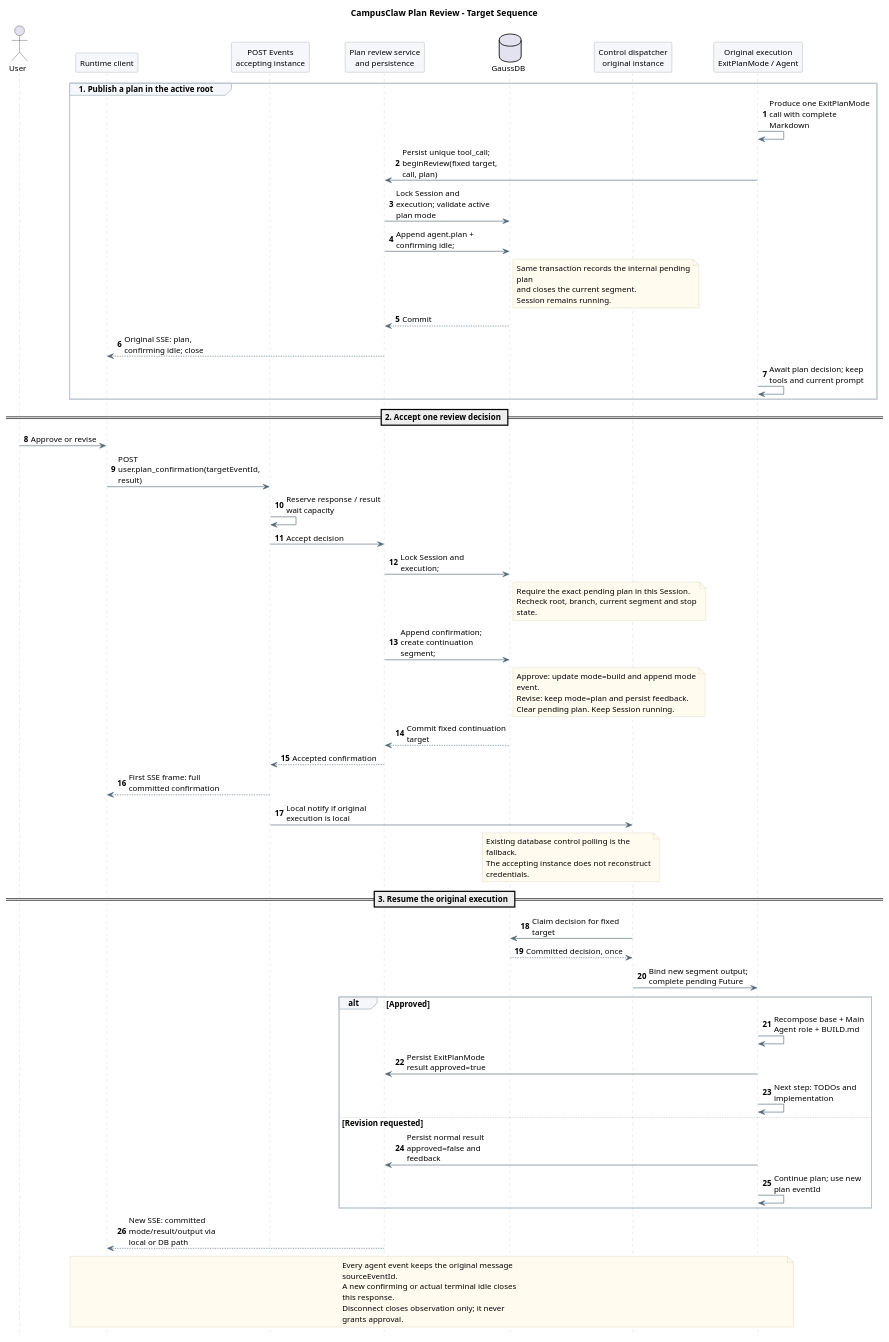
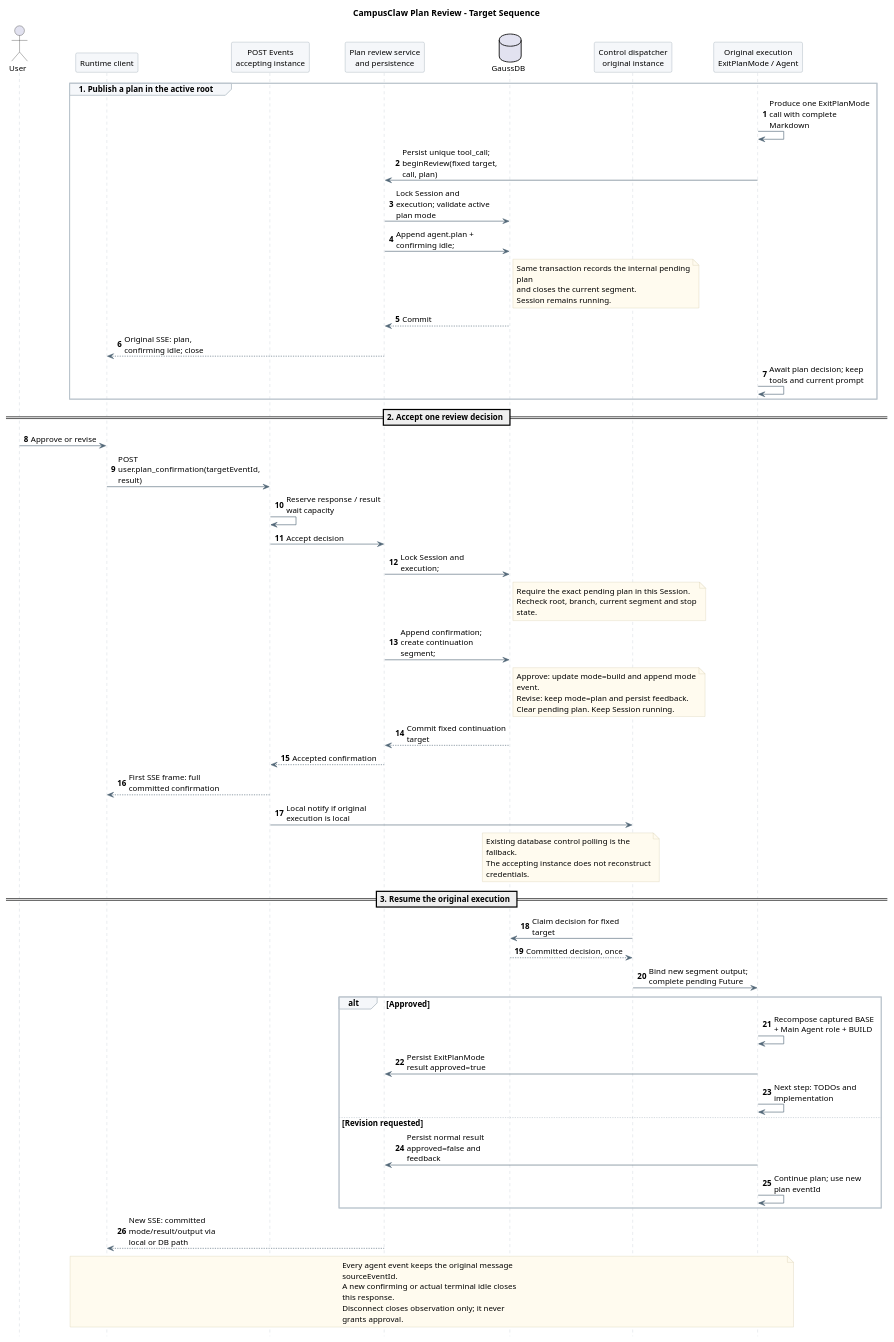
One commit to ssm0808/pi-mono-java-design changed the second of 6 diagrams in 01-总体架构/06-CampusClaw计划模式/diagram.puml. Above: the diagram before and after it, drawn with PlantUML. The commit also changed other lines of this file and 13 other files, not shown here.

```diff
--- a/01-总体架构/06-CampusClaw计划模式/diagram.puml
+++ b/01-总体架构/06-CampusClaw计划模式/diagram.puml
@@ -275,99 +300,99 @@
 @startuml plan_mode_review_sequence
 skinparam backgroundColor white
 skinparam defaultFontName SansSerif
 skinparam defaultFontSize 13
 skinparam shadowing false
 skinparam sequenceMessageAlign left
 skinparam maxMessageSize 165
 skinparam sequenceArrowColor #526777
 skinparam sequenceLifeLineBorderColor #BAC4CC
 skinparam sequenceParticipantBackgroundColor #F5F7FA
 skinparam sequenceParticipantBorderColor #8496A4
 skinparam sequenceGroupBackgroundColor #F5F7FA
 skinparam sequenceGroupBorderColor #BAC4CC
 skinparam noteBackgroundColor #FFFBEF
 skinparam noteBorderColor #D2C6A5
 hide footbox
 autonumber
 ' Source baseline: pi-mono-java 09b32d8ea4a4b43b34be302d8b2745bdc417c9a2.
 ' Source: modules/coding-agent-cli/src/main/java/com/campusclaw/codingagent/runtimeapi/event/RuntimeControlEventService.java :: accept.
 ' Source: modules/coding-agent-cli/src/main/java/com/campusclaw/codingagent/runtimeapi/persistence/MyBatisRuntimeExecutionControlRepository.java :: markConfirming, acceptConfirmation, claimConfirmation.
 ' Source: modules/coding-agent-cli/src/main/java/com/campusclaw/codingagent/runtimeapi/runtime/RuntimeSessionControlDispatcher.java :: dispatchConfirmation.
 ' Observed behavior: tool confirmation closes one response and resumes through a new fixed segment.
 ' Design reason: target-only plan review reuses this transport and durable handoff.
 ' Java divergence: immutable plan event identity is the approval target; tool permissions remain separate.
 title CampusClaw Plan Review - Target Sequence
 actor User
 participant "Runtime client" as UI
 participant "POST Events\naccepting instance" as API
 participant "Plan review service\nand persistence" as Service
 database GaussDB as DB
 participant "Control dispatcher\noriginal instance" as Dispatcher
 participant "Original execution\nExitPlanMode / Agent" as Agent
 
 group 1. Publish a plan in the active root
   Agent -> Agent : Produce one ExitPlanMode call with complete Markdown
   Agent -> Service : Persist unique tool_call; beginReview(fixed target, call, plan)
   Service -> DB : Lock Session and execution; validate active plan mode
   Service -> DB : Append agent.plan + confirming idle;
   note right of DB
   Same transaction records the internal pending
   plan
   and closes the current segment.
   Session remains running.
   end note
   DB --> Service : Commit
   Service --> UI : Original SSE: plan, confirming idle; close
   Agent -> Agent : Await plan decision; keep tools and current prompt
 end
 
 == 2. Accept one review decision ==
 User -> UI : Approve or revise
 UI -> API : POST user.plan_confirmation(targetEventId, result)
 API -> API : Reserve response / result wait capacity
 API -> Service : Accept decision
 Service -> DB : Lock Session and execution;
 note right of DB
   Require the exact pending plan in this Session.
   Recheck root, branch, current segment and stop
   state.
 end note
 Service -> DB : Append confirmation; create continuation segment;
 note right of DB
   Approve: update mode=build and append mode
   event.
   Revise: keep mode=plan and persist feedback.
   Clear pending plan. Keep Session running.
 end note
 DB --> Service : Commit fixed continuation target
 Service --> API : Accepted confirmation
 API --> UI : First SSE frame: full committed confirmation
 API -> Dispatcher : Local notify if original execution is local
 note over DB,Dispatcher
   Existing database control polling is the
   fallback.
   The accepting instance does not reconstruct
   credentials.
 end note
 == 3. Resume the original execution ==
 Dispatcher -> DB : Claim decision for fixed target
 DB --> Dispatcher : Committed decision, once
 Dispatcher -> Agent : Bind new segment output; complete pending Future
 alt Approved
-  Agent -> Agent : Recompose base + Main Agent role + BUILD.md
+  Agent -> Agent : Recompose captured BASE + Main Agent role + BUILD
   Agent -> Service : Persist ExitPlanMode result approved=true
   Agent -> Agent : Next step: TODOs and implementation
 else Revision requested
   Agent -> Service : Persist normal result approved=false and feedback
   Agent -> Agent : Continue plan; use new plan eventId
 end
 Service --> UI : New SSE: committed mode/result/output via local or DB path
 note over UI,Agent
   Every agent event keeps the original message
   sourceEventId.
   A new confirming or actual terminal idle closes
   this response.
   Disconnect closes observation only; it never
   grants approval.
 end note
 @enduml
```
